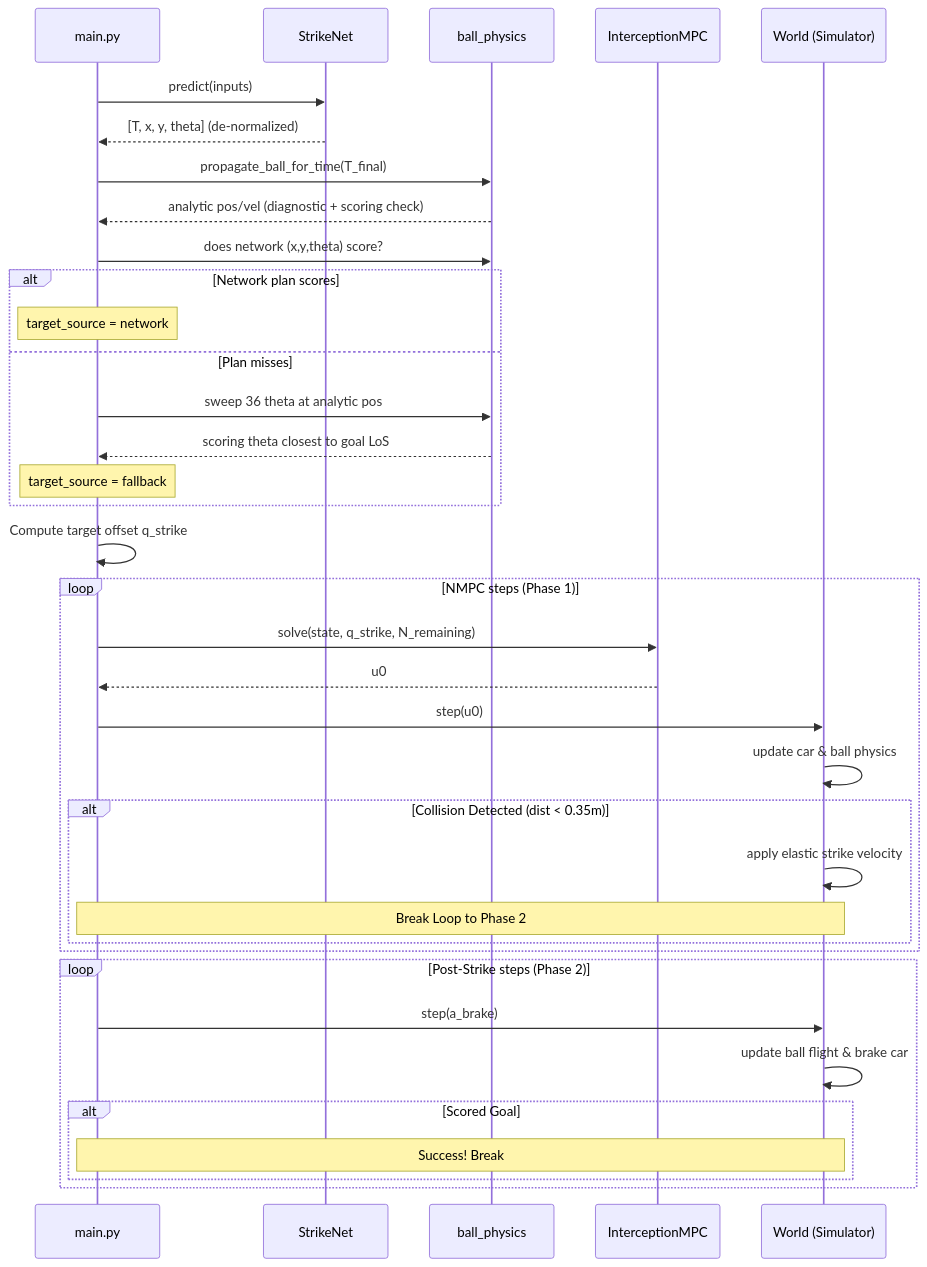
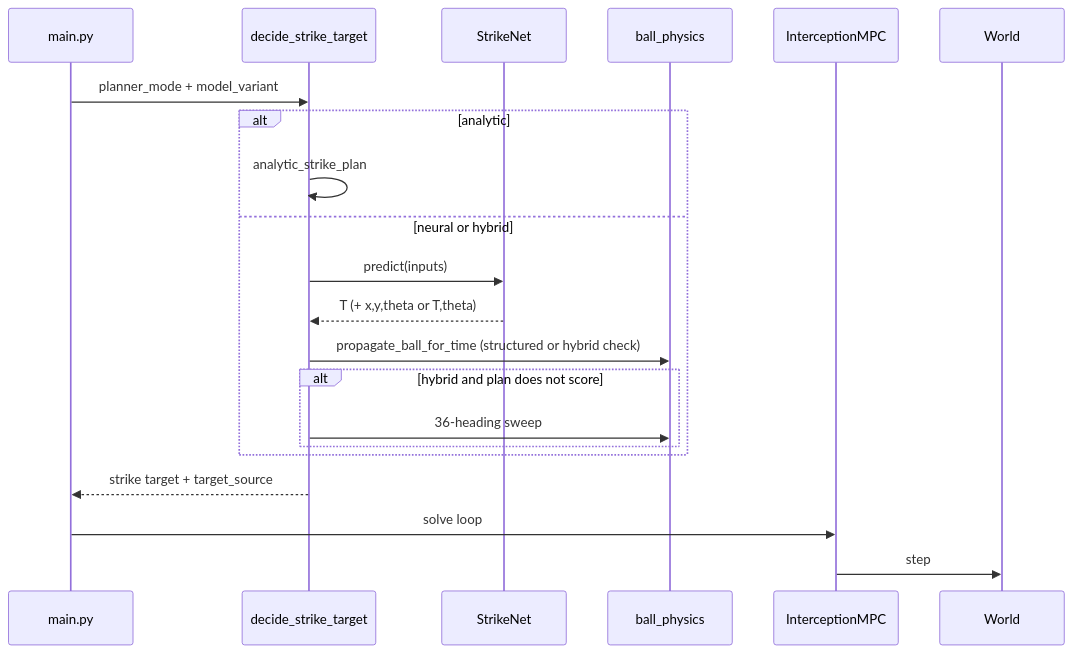
One commit to Nikunj-Agarwal/project_rocket_soccer changed the second of 2 diagrams in docs/PIPELINE_LOGIC.md. Above: the diagram before and after it, drawn with Mermaid. The commit also changed other lines of this file and 34 other files, not shown here.

````diff
--- a/docs/PIPELINE_LOGIC.md
+++ b/docs/PIPELINE_LOGIC.md
@@ -68,39 +75,24 @@
 ```mermaid
 sequenceDiagram
   participant Main as main.py
+  participant Decide as decide_strike_target
   participant Net as StrikeNet
   participant BP as ball_physics
   participant MPC as InterceptionMPC
-  participant World as World (Simulator)
+  participant World as World
 
-  Main->>Net: predict(inputs)
-  Net-->>Main: [T, x, y, theta] (de-normalized)
-  Main->>BP: propagate_ball_for_time(T_final)
-  BP-->>Main: analytic pos/vel (diagnostic + scoring check)
-  Main->>BP: does network (x,y,theta) score?
-  alt Network plan scores
-    Note over Main: target_source = network
-  else Plan misses
-    Main->>BP: sweep 36 theta at analytic pos
-    BP-->>Main: scoring theta closest to goal LoS
-    Note over Main: target_source = fallback
-  end
-  Main->>Main: Compute target offset q_strike
-  loop NMPC steps (Phase 1)
-    Main->>MPC: solve(state, q_strike, N_remaining)
-    MPC-->>Main: u0
-    Main->>World: step(u0)
-    World->>World: update car & ball physics
-    alt Collision Detected (dist < 0.35m)
-      World->>World: apply elastic strike velocity
-      Note over Main, World: Break Loop to Phase 2
+  Main->>Decide: planner_mode + model_variant
+  alt analytic
+    Decide->>Decide: analytic_strike_plan
+  else neural or hybrid
+    Decide->>Net: predict(inputs)
+    Net-->>Decide: T (+ x,y,theta or T,theta)
+    Decide->>BP: propagate_ball_for_time (structured or hybrid check)
+    alt hybrid and plan does not score
+      Decide->>BP: 36-heading sweep
     end
   end
-  loop Post-Strike steps (Phase 2)
-    Main->>World: step(a_brake)
-    World->>World: update ball flight & brake car
-    alt Scored Goal
-      Note over Main, World: Success! Break
-    end
-  end
+  Decide-->>Main: strike target + target_source
+  Main->>MPC: solve loop
+  MPC->>World: step
 ```
````
